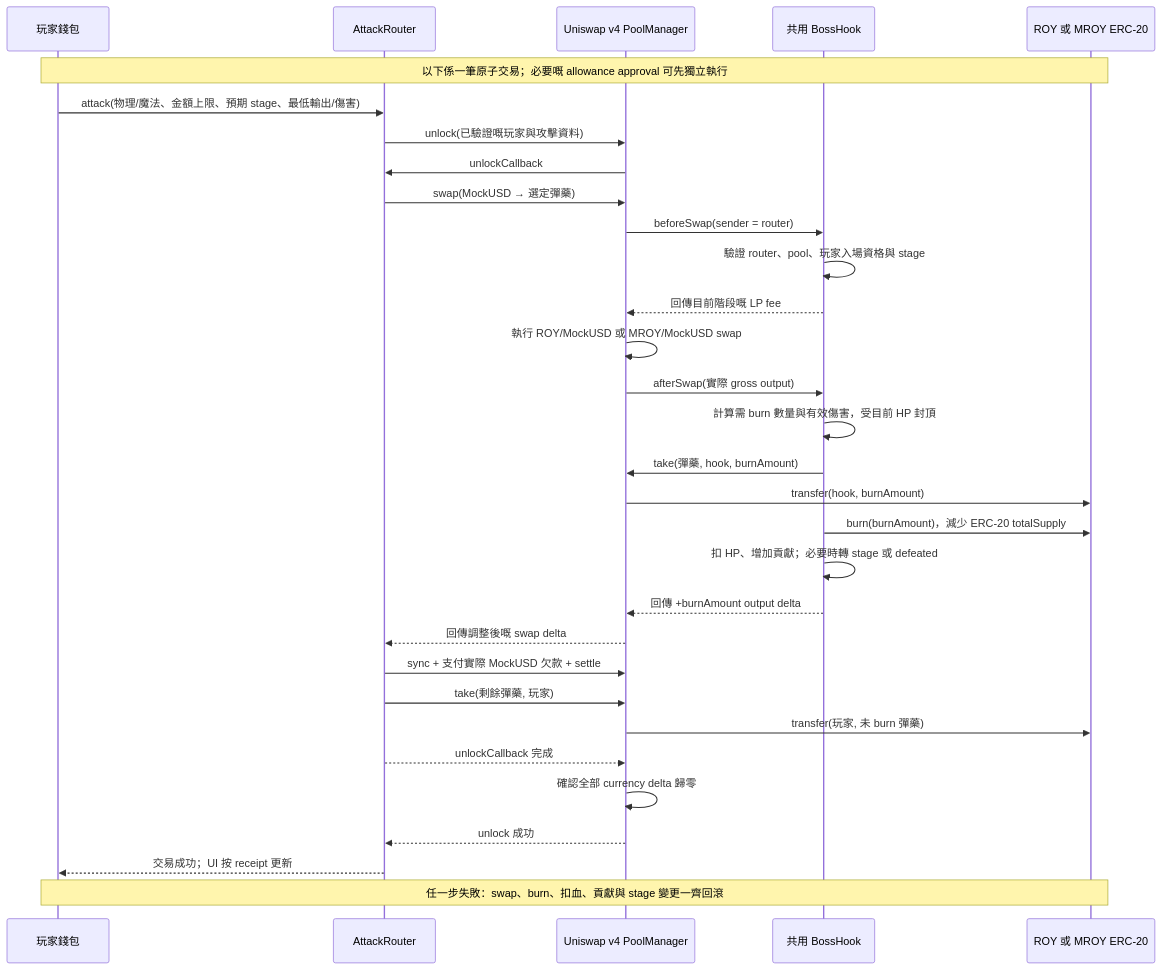
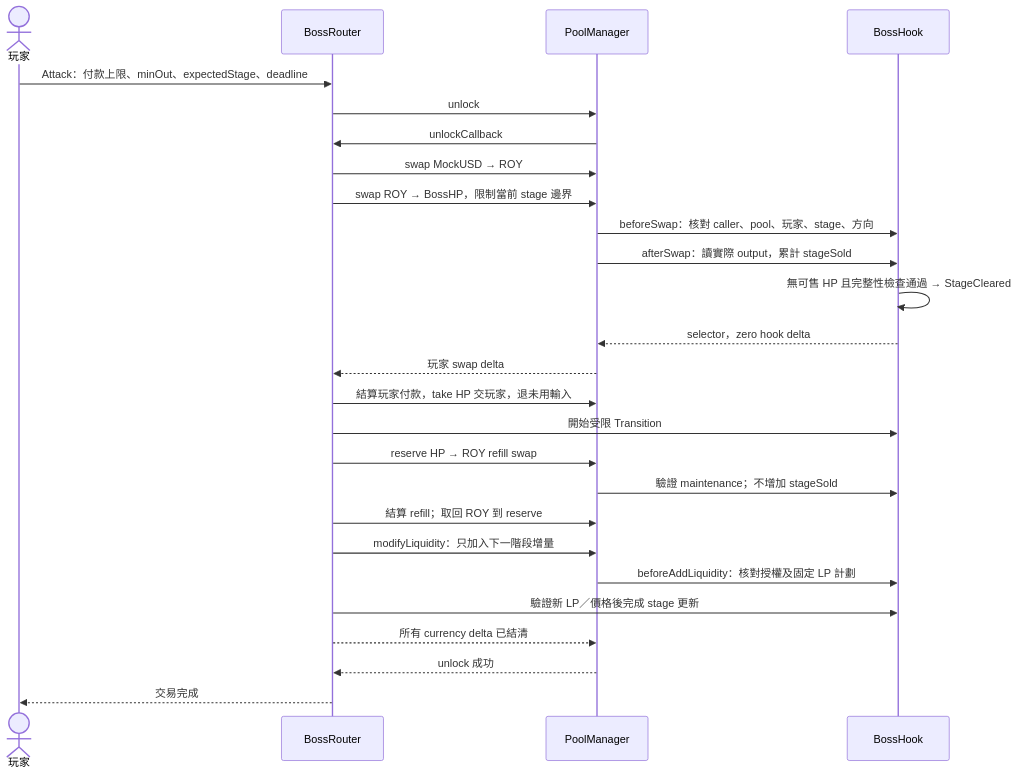
Before and after one commit to 0xroylee/eth-global-2026-tokyo: the third of 4 diagrams in docs/contract-game-diagrams.md, drawn with Mermaid. The commit also changed other lines of this file and 12 other files, not shown here.

Commit message:
docs: finalize no-burn BossHP delivery plan and reward custody

````diff
--- a/docs/contract-game-diagrams.md
+++ b/docs/contract-game-diagrams.md
@@ -31,34 +43,28 @@
 ```mermaid
 sequenceDiagram
-    participant W as 玩家錢包
-    participant R as AttackRouter
-    participant P as Uniswap v4 PoolManager
-    participant H as 共用 BossHook
-    participant T as ROY 或 MROY ERC-20
-
-    Note over W,T: 以下係一筆原子交易；必要嘅 allowance approval 可先獨立執行
-    W->>R: attack(物理/魔法、金額上限、預期 stage、最低輸出/傷害)
-    R->>P: unlock(已驗證嘅玩家與攻擊資料)
-    P->>R: unlockCallback
-    R->>P: swap(MockUSD → 選定彈藥)
-    P->>H: beforeSwap(sender = router)
-    H->>H: 驗證 router、pool、玩家入場資格與 stage
-    H-->>P: 回傳目前階段嘅 LP fee
-    P->>P: 執行 ROY/MockUSD 或 MROY/MockUSD swap
-    P->>H: afterSwap(實際 gross output)
-    H->>H: 計算需 burn 數量與有效傷害，受目前 HP 封頂
-    H->>P: take(彈藥, hook, burnAmount)
-    P->>T: transfer(hook, burnAmount)
-    H->>T: burn(burnAmount)，減少 ERC-20 totalSupply
-    H->>H: 扣 HP、增加貢獻；必要時轉 stage 或 defeated
-    H-->>P: 回傳 +burnAmount output delta
-    P-->>R: 回傳調整後嘅 swap delta
-    R->>P: sync + 支付實際 MockUSD 欠款 + settle
-    R->>P: take(剩餘彈藥, 玩家)
-    P->>T: transfer(玩家, 未 burn 彈藥)
-    R-->>P: unlockCallback 完成
-    P->>P: 確認全部 currency delta 歸零
-    P-->>R: unlock 成功
-    R-->>W: 交易成功；UI 按 receipt 更新
-    Note over W,T: 任一步失敗：swap、burn、扣血、貢獻與 stage 變更一齊回滾
+    actor W as 玩家
+    participant R as BossRouter
+    participant PM as PoolManager
+    participant H as BossHook
+    W->>R: Attack：付款上限、minOut、expectedStage、deadline
+    R->>PM: unlock
+    PM->>R: unlockCallback
+    R->>PM: swap MockUSD → ROY
+    R->>PM: swap ROY → BossHP，限制當前 stage 邊界
+    PM->>H: beforeSwap：核對 caller、pool、玩家、stage、方向
+    PM->>H: afterSwap：讀實際 output，累計 stageSold
+    H->>H: 無可售 HP 且完整性檢查通過 → StageCleared
+    H-->>PM: selector，zero hook delta
+    PM-->>R: 玩家 swap delta
+    R->>PM: 結算玩家付款，take HP 交玩家，退未用輸入
+    R->>H: 開始受限 Transition
+    R->>PM: reserve HP → ROY refill swap
+    PM->>H: 驗證 maintenance；不增加 stageSold
+    R->>PM: 結算 refill；取回 ROY 到 reserve
+    R->>PM: modifyLiquidity：只加入下一階段增量
+    PM->>H: beforeAddLiquidity：核對授權及固定 LP 計劃
+    R->>H: 驗證新 LP／價格後完成 stage 更新
+    R-->>PM: 所有 currency delta 已結清
+    PM-->>R: unlock 成功
+    R-->>W: 交易完成
 ```
````
